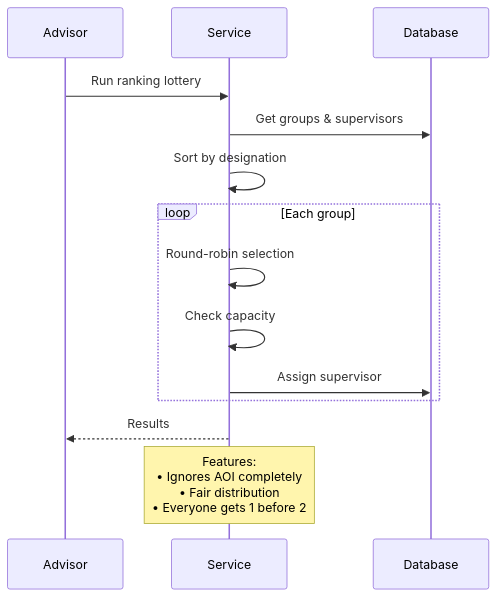
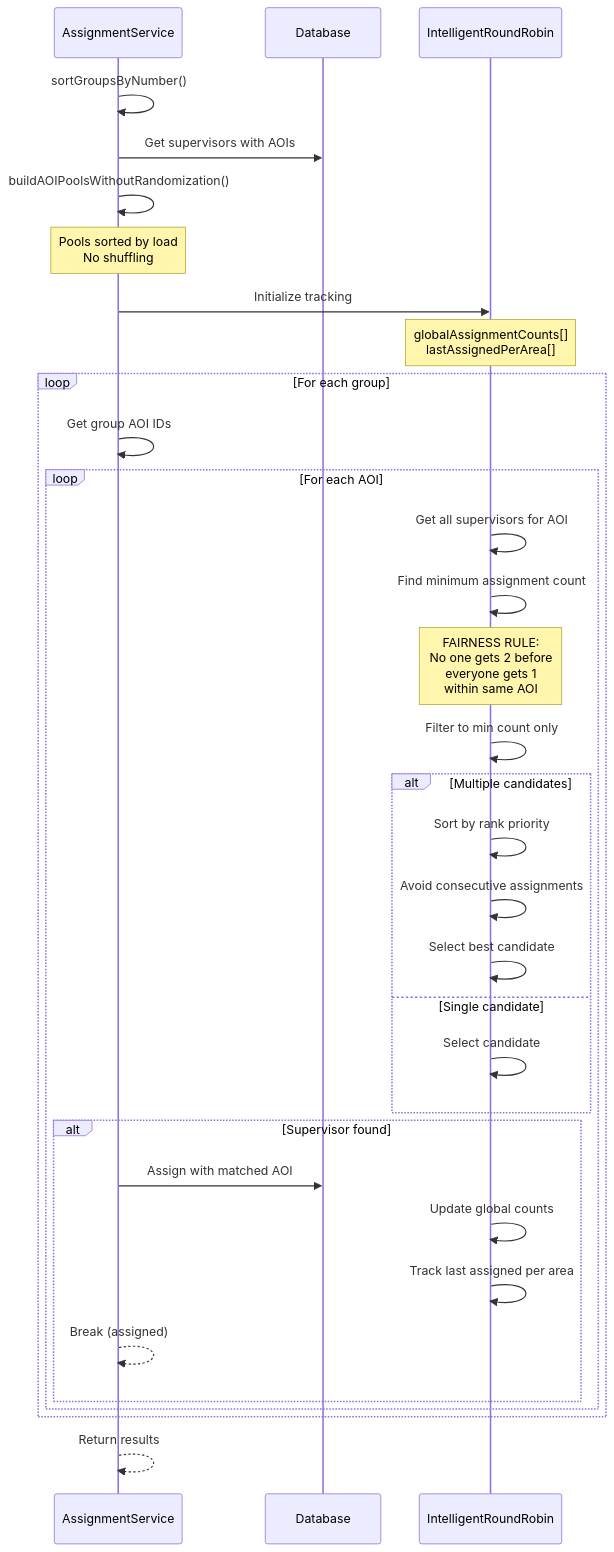
Diagram 17 of 35 in sequence.md (abdullah2323442/thesisrepo-backup), drawn with Mermaid before and after one commit. The commit also changed other lines of this file, not shown here.

Commit message:
refactor(supervisor-assignment): Revise lottery system to enhance mode selection and improve assignment algorithms for better clarity and functionality

````diff
--- a/sequence.md
+++ b/sequence.md
@@ -331,20 +441,44 @@
 ```mermaid
 sequenceDiagram
-    participant Ad as Advisor
-    participant SAS as Service
+    participant SAS as AssignmentService
     participant DB as Database
+    participant IR as IntelligentRoundRobin
 
-    Ad->>SAS: Run ranking lottery
-    SAS->>DB: Get groups & supervisors
-    SAS->>SAS: Sort by designation
+    SAS->>SAS: sortGroupsByNumber()
+    SAS->>DB: Get supervisors with AOIs
+    SAS->>SAS: buildAOIPoolsWithoutRandomization()
+    Note over SAS: Pools sorted by load<br/>No shuffling
     
-    loop Each group
-        SAS->>SAS: Round-robin selection
-        SAS->>SAS: Check capacity
-        SAS->>DB: Assign supervisor
+    SAS->>IR: Initialize tracking
+    Note over IR: globalAssignmentCounts[]<br/>lastAssignedPerArea[]
+    
+    loop For each group
+        SAS->>SAS: Get group AOI IDs
+        
+        loop For each AOI
+            IR->>IR: Get all supervisors for AOI
+            IR->>IR: Find minimum assignment count
+            
+            Note over IR: FAIRNESS RULE:<br/>No one gets 2 before<br/>everyone gets 1<br/>within same AOI
+            
+            IR->>IR: Filter to min count only
+            
+            alt Multiple candidates
+                IR->>IR: Sort by rank priority
+                IR->>IR: Avoid consecutive assignments
+                IR->>IR: Select best candidate
+            else Single candidate
+                IR->>IR: Select candidate
+            end
+            
+            alt Supervisor found
+                SAS->>DB: Assign with matched AOI
+                IR->>IR: Update global counts
+                IR->>IR: Track last assigned per area
+                SAS-->>SAS: Break (assigned)
+            end
+        end
     end
     
-    SAS-->>Ad: Results
-    
-    Note over SAS: Features:<br/>• Ignores AOI completely<br/>• Fair distribution<br/>• Everyone gets 1 before 2
+    SAS-->>SAS: Return results
 ```
````
